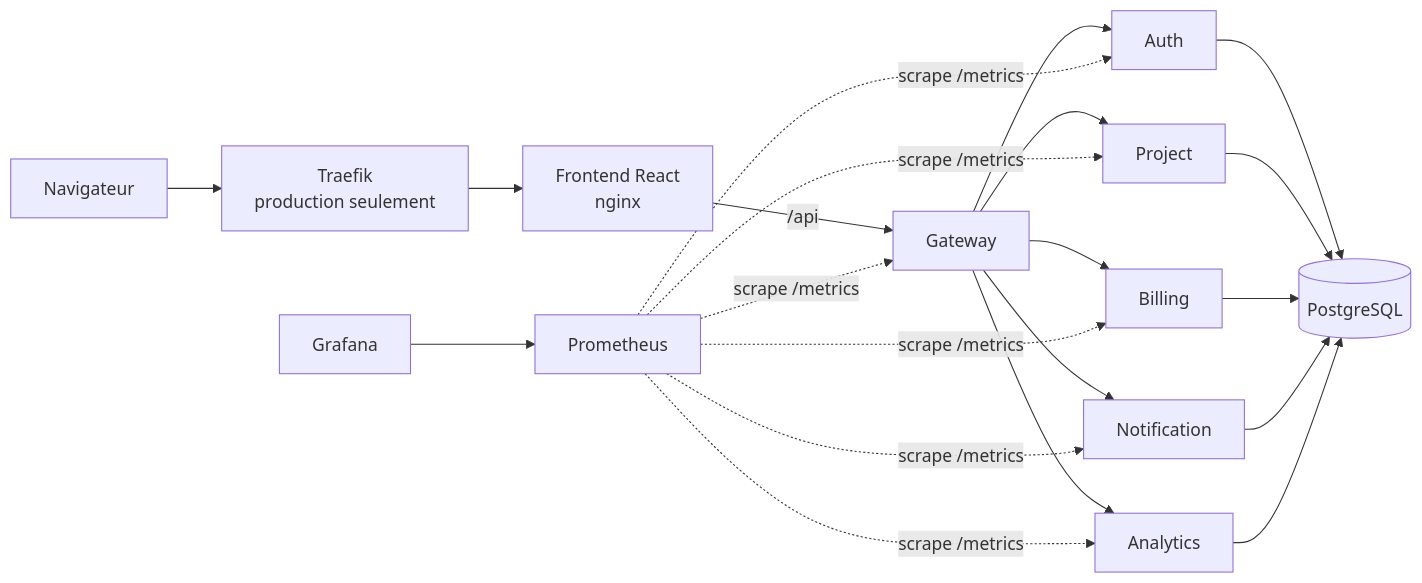
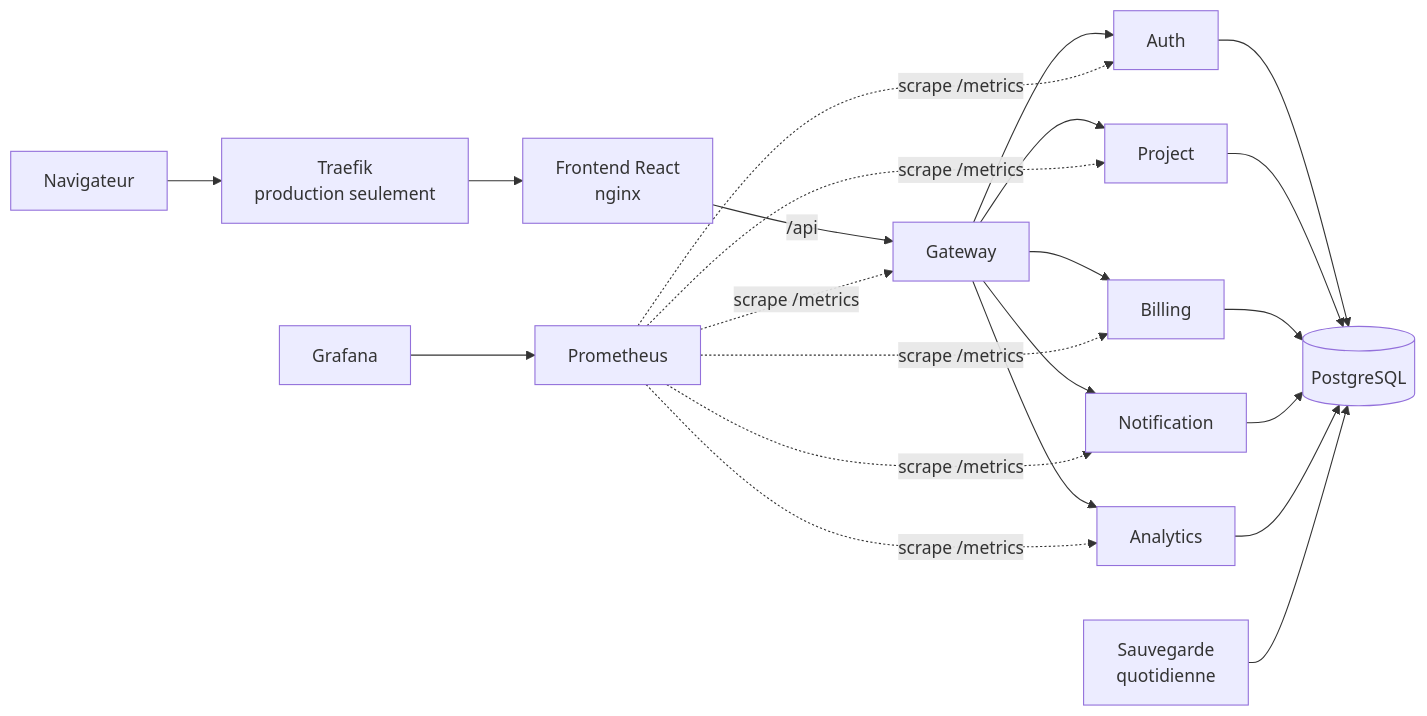
Before and after one commit to leopen10/cloudapp: the diagram in README.md, drawn with Mermaid. The commit also changed other lines of this file and 4 other files, not shown here.

````diff
--- a/README.md
+++ b/README.md
@@ -11,14 +11,15 @@
 ```mermaid
 flowchart LR
     U[Navigateur] --> T[Traefik<br/>production seulement]
     T --> F[Frontend React<br/>nginx]
     F -- /api --> G[Gateway]
     G --> A[Auth]
     G --> P[Project]
     G --> B[Billing]
     G --> N[Notification]
     G --> S[Analytics]
     A & P & B & N & S --> D[(PostgreSQL)]
     PR[Prometheus] -. scrape /metrics .-> G & A & P & B & N & S
     GR[Grafana] --> PR
+    BK[Sauvegarde<br/>quotidienne] --> D
 ```
````
